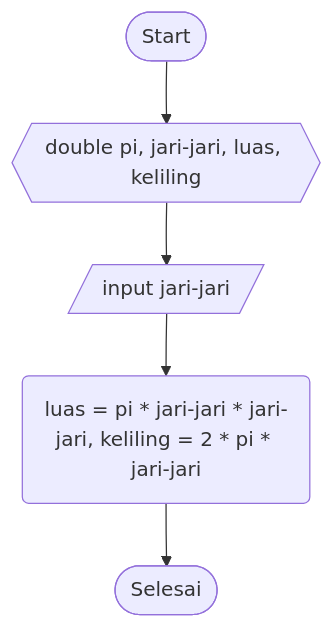
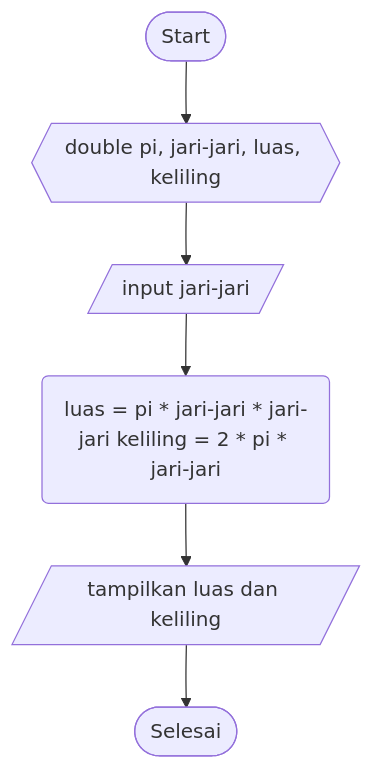
The diagram in Lingkaran.md (SATRIODIANNUGROHO/Latihan4_27_SatrioDianNugroho), drawn with Mermaid before and after one commit.

````diff
--- a/Lingkaran.md
+++ b/Lingkaran.md
@@ -15,7 +15,8 @@
 ```mermaid
 graph TD;
     A([Start])-->B{{double pi, jari-jari, luas, keliling}};
     B{{double pi, jari-jari, luas, keliling}}-->C[/input jari-jari/];
     C[/input jari-jari/]-->D(luas = pi * jari-jari * jari-jari keliling = 2 * pi * jari-jari);
-    D(luas = pi * jari-jari * jari-jari, keliling = 2 * pi * jari-jari)-->E([Selesai]);
+    D(luas = pi * jari-jari * jari-jari keliling = 2 * pi * jari-jari)-->E[/tampilkan luas dan keliling/];
+    E[/tampilkan luas dan keliling/]-->F([Selesai]);
 ```
````
